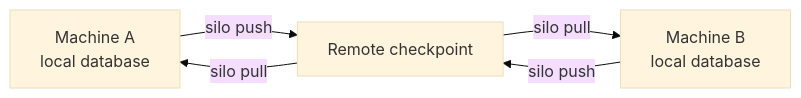
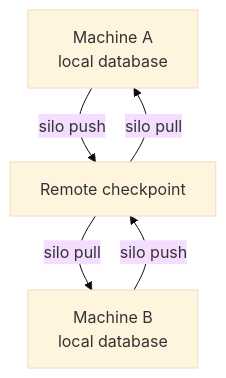
The diagram in docs/concepts/synchronization.md (silo-ai/silo), drawn with Mermaid (base theme) before and after one commit.

Commit message:
docs: enlarge synchronization diagram labels

````diff
--- a/docs/concepts/synchronization.md
+++ b/docs/concepts/synchronization.md
@@ -13,7 +13,7 @@
 ```mermaid
-flowchart LR
+flowchart TB
   first["Machine A\nlocal database"] -->|"silo push"| remote["Remote checkpoint"]
   remote -->|"silo pull"| second["Machine B\nlocal database"]
   second -->|"silo push"| remote
   remote -->|"silo pull"| first
 ```
````
